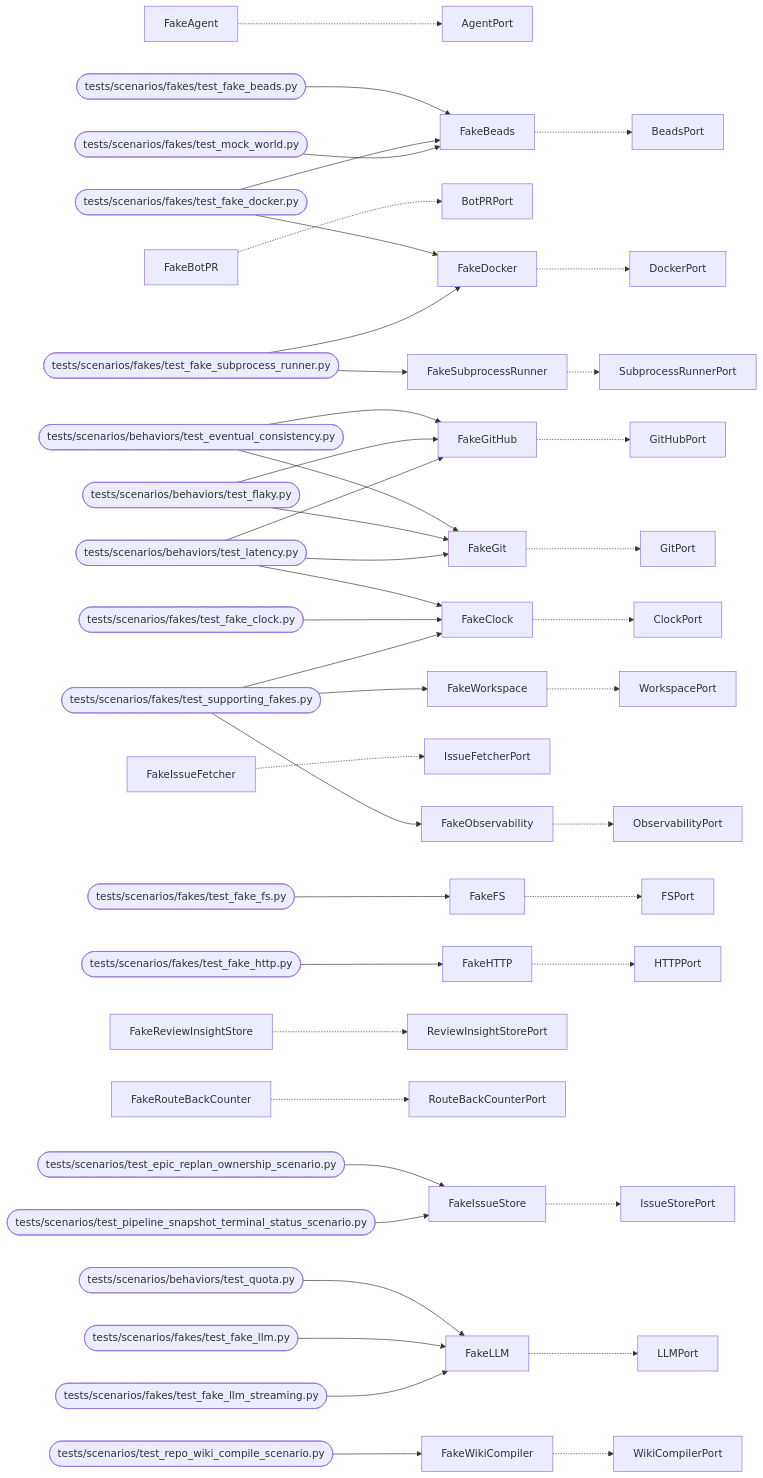
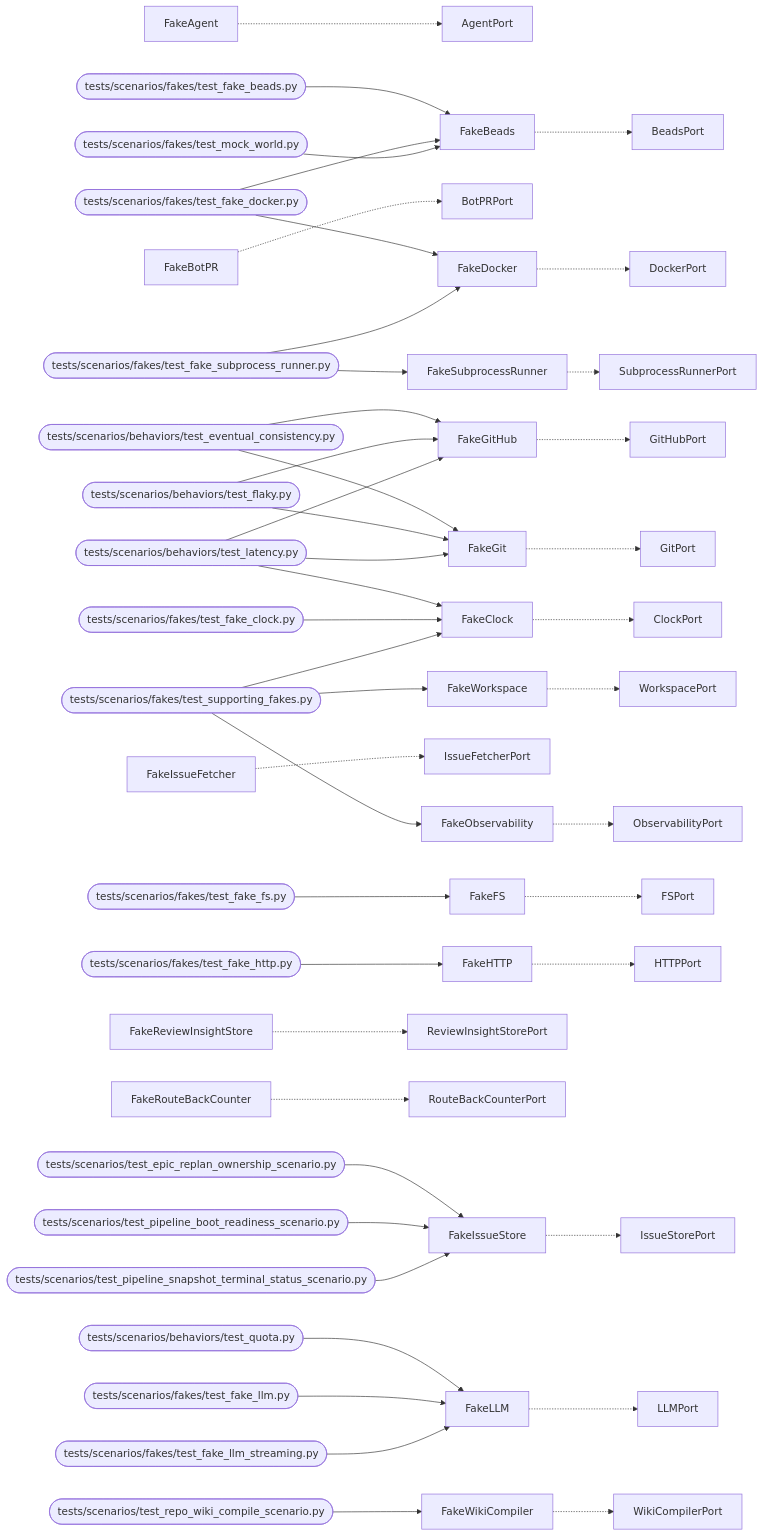
One commit to T-rav/hydraflow changed the diagram in docs/arch/generated/mockworld.md. Above: the diagram before and after it, drawn with Mermaid. The commit also changed other lines of this file and 15 other files, not shown here.

First line of the commit message:
fix(pipeline): gate /api/pipeline snapshot on IssueStore's first refresh (#11349)

````diff
--- a/docs/arch/generated/mockworld.md
+++ b/docs/arch/generated/mockworld.md
@@ -32,46 +32,47 @@
 ```mermaid
 graph LR
     FakeAgent -.-> AgentPort
     FakeBeads -.-> BeadsPort
     tests_scenarios_fakes_test_fake_beads_py([tests/scenarios/fakes/test_fake_beads.py]) --> FakeBeads
     tests_scenarios_fakes_test_fake_docker_py([tests/scenarios/fakes/test_fake_docker.py]) --> FakeBeads
     tests_scenarios_fakes_test_mock_world_py([tests/scenarios/fakes/test_mock_world.py]) --> FakeBeads
     FakeBotPR -.-> BotPRPort
     FakeClock -.-> ClockPort
     tests_scenarios_behaviors_test_latency_py([tests/scenarios/behaviors/test_latency.py]) --> FakeClock
     tests_scenarios_fakes_test_fake_clock_py([tests/scenarios/fakes/test_fake_clock.py]) --> FakeClock
     tests_scenarios_fakes_test_supporting_fakes_py([tests/scenarios/fakes/test_supporting_fakes.py]) --> FakeClock
     FakeDocker -.-> DockerPort
     tests_scenarios_fakes_test_fake_docker_py([tests/scenarios/fakes/test_fake_docker.py]) --> FakeDocker
     tests_scenarios_fakes_test_fake_subprocess_runner_py([tests/scenarios/fakes/test_fake_subprocess_runner.py]) --> FakeDocker
     FakeFS -.-> FSPort
     tests_scenarios_fakes_test_fake_fs_py([tests/scenarios/fakes/test_fake_fs.py]) --> FakeFS
     FakeGit -.-> GitPort
     tests_scenarios_behaviors_test_eventual_consistency_py([tests/scenarios/behaviors/test_eventual_consistency.py]) --> FakeGit
     tests_scenarios_behaviors_test_flaky_py([tests/scenarios/behaviors/test_flaky.py]) --> FakeGit
     tests_scenarios_behaviors_test_latency_py([tests/scenarios/behaviors/test_latency.py]) --> FakeGit
     FakeGitHub -.-> GitHubPort
     tests_scenarios_behaviors_test_eventual_consistency_py([tests/scenarios/behaviors/test_eventual_consistency.py]) --> FakeGitHub
     tests_scenarios_behaviors_test_flaky_py([tests/scenarios/behaviors/test_flaky.py]) --> FakeGitHub
     tests_scenarios_behaviors_test_latency_py([tests/scenarios/behaviors/test_latency.py]) --> FakeGitHub
     FakeHTTP -.-> HTTPPort
     tests_scenarios_fakes_test_fake_http_py([tests/scenarios/fakes/test_fake_http.py]) --> FakeHTTP
     FakeIssueFetcher -.-> IssueFetcherPort
     FakeIssueStore -.-> IssueStorePort
     tests_scenarios_test_epic_replan_ownership_scenario_py([tests/scenarios/test_epic_replan_ownership_scenario.py]) --> FakeIssueStore
+    tests_scenarios_test_pipeline_boot_readiness_scenario_py([tests/scenarios/test_pipeline_boot_readiness_scenario.py]) --> FakeIssueStore
     tests_scenarios_test_pipeline_snapshot_terminal_status_scenario_py([tests/scenarios/test_pipeline_snapshot_terminal_status_scenario.py]) --> FakeIssueStore
     FakeLLM -.-> LLMPort
     tests_scenarios_behaviors_test_quota_py([tests/scenarios/behaviors/test_quota.py]) --> FakeLLM
     tests_scenarios_fakes_test_fake_llm_py([tests/scenarios/fakes/test_fake_llm.py]) --> FakeLLM
     tests_scenarios_fakes_test_fake_llm_streaming_py([tests/scenarios/fakes/test_fake_llm_streaming.py]) --> FakeLLM
     FakeObservability -.-> ObservabilityPort
     tests_scenarios_fakes_test_supporting_fakes_py([tests/scenarios/fakes/test_supporting_fakes.py]) --> FakeObservability
     FakeReviewInsightStore -.-> ReviewInsightStorePort
     FakeRouteBackCounter -.-> RouteBackCounterPort
     FakeSubprocessRunner -.-> SubprocessRunnerPort
     tests_scenarios_fakes_test_fake_subprocess_runner_py([tests/scenarios/fakes/test_fake_subprocess_runner.py]) --> FakeSubprocessRunner
     FakeWikiCompiler -.-> WikiCompilerPort
     tests_scenarios_test_repo_wiki_compile_scenario_py([tests/scenarios/test_repo_wiki_compile_scenario.py]) --> FakeWikiCompiler
     FakeWorkspace -.-> WorkspacePort
     tests_scenarios_fakes_test_supporting_fakes_py([tests/scenarios/fakes/test_supporting_fakes.py]) --> FakeWorkspace
 ```
````
